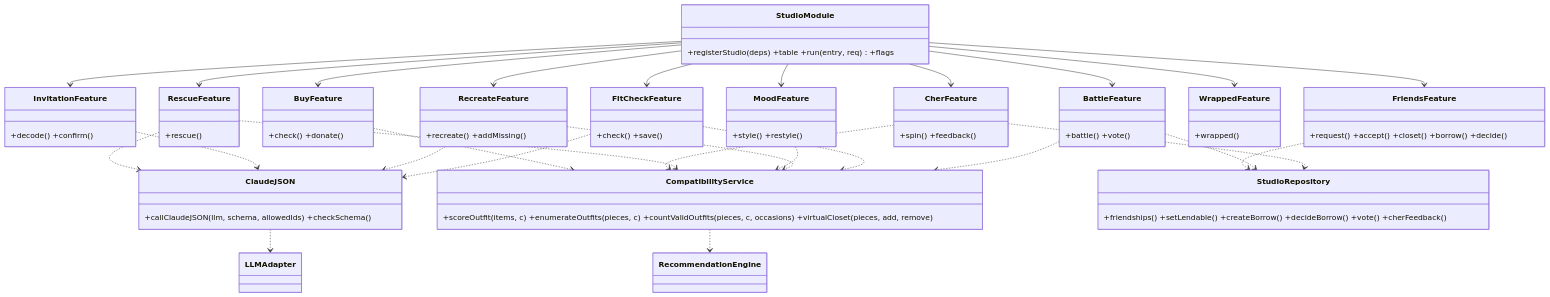
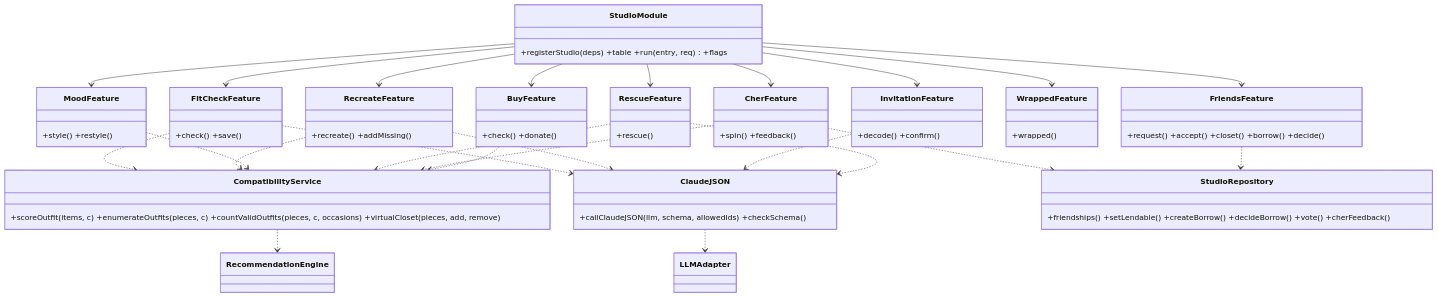
The diagram in docs/final/v3/class_studio.mmd (HabibaKhashaba/closet), drawn with Mermaid before and after one commit. The commit also changed 15 other files, not shown here.

```diff
--- a/docs/final/v3/class_studio.mmd
+++ b/docs/final/v3/class_studio.mmd
@@ -1,43 +1,39 @@
 classDiagram
   class StudioModule { +registerStudio(deps) +table +run(entry, req) +flags }
   class CompatibilityService { +scoreOutfit(items, c) +enumerateOutfits(pieces, c) +countValidOutfits(pieces, c, occasions) +virtualCloset(pieces, add, remove) }
   class ClaudeJSON { +callClaudeJSON(llm, schema, allowedIds) +checkSchema() }
   class StudioRepository { +friendships() +setLendable() +createBorrow() +decideBorrow() +vote() +cherFeedback() }
   class BuyFeature { +check() +donate() }
   class CherFeature { +spin() +feedback() }
   class RescueFeature { +rescue() }
   class InvitationFeature { +decode() +confirm() }
   class MoodFeature { +style() +restyle() }
   class RecreateFeature { +recreate() +addMissing() }
   class FitCheckFeature { +check() +save() }
-  class BattleFeature { +battle() +vote() }
   class WrappedFeature { +wrapped() }
   class FriendsFeature { +request() +accept() +closet() +borrow() +decide() }
   class RecommendationEngine
   class LLMAdapter
   StudioModule --> BuyFeature
   StudioModule --> CherFeature
   StudioModule --> RescueFeature
   StudioModule --> InvitationFeature
   StudioModule --> MoodFeature
   StudioModule --> RecreateFeature
   StudioModule --> FitCheckFeature
-  StudioModule --> BattleFeature
   StudioModule --> WrappedFeature
   StudioModule --> FriendsFeature
   BuyFeature ..> CompatibilityService
   CherFeature ..> CompatibilityService
   RescueFeature ..> CompatibilityService
   MoodFeature ..> CompatibilityService
   RecreateFeature ..> CompatibilityService
   FitCheckFeature ..> CompatibilityService
-  BattleFeature ..> CompatibilityService
   CompatibilityService ..> RecommendationEngine
   RescueFeature ..> ClaudeJSON
   InvitationFeature ..> ClaudeJSON
   RecreateFeature ..> ClaudeJSON
   FitCheckFeature ..> ClaudeJSON
   ClaudeJSON ..> LLMAdapter
   FriendsFeature ..> StudioRepository
-  BattleFeature ..> StudioRepository
   CherFeature ..> StudioRepository
```
